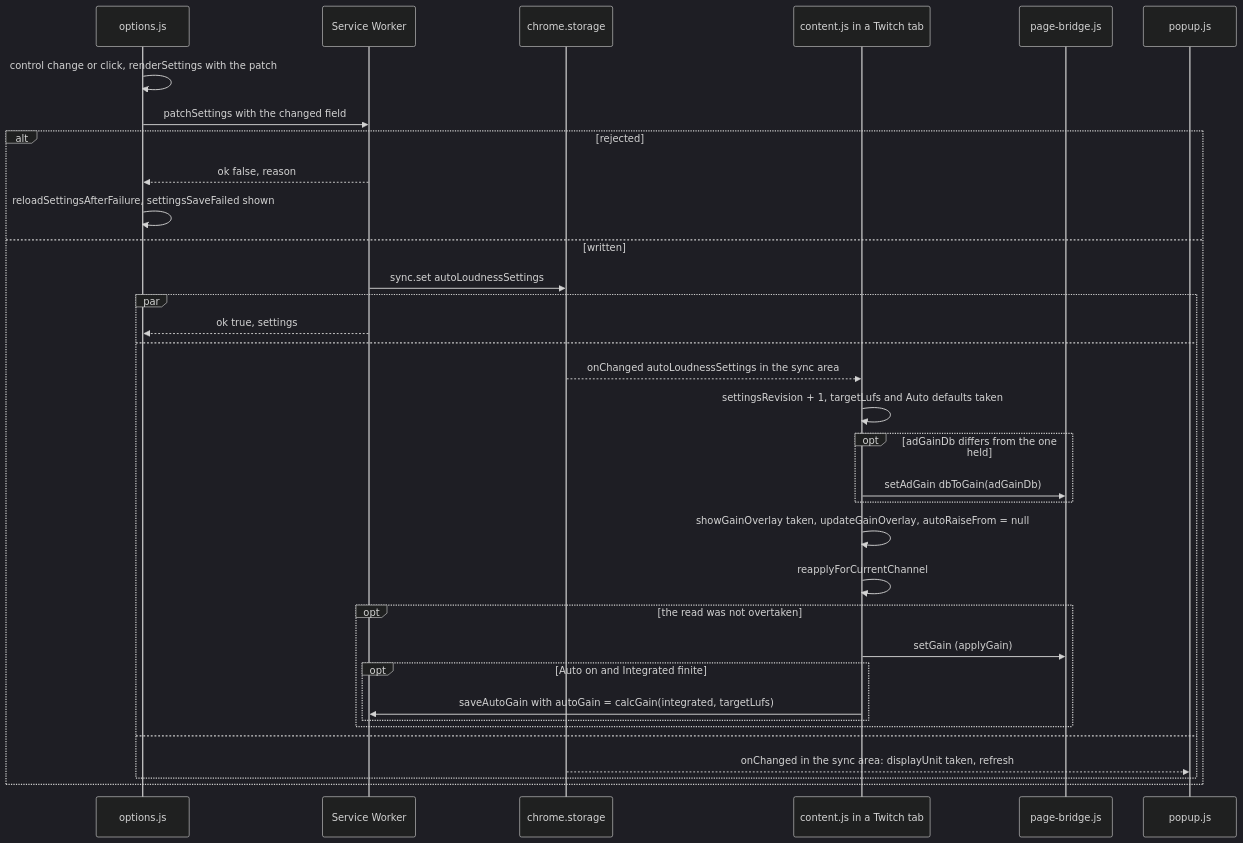
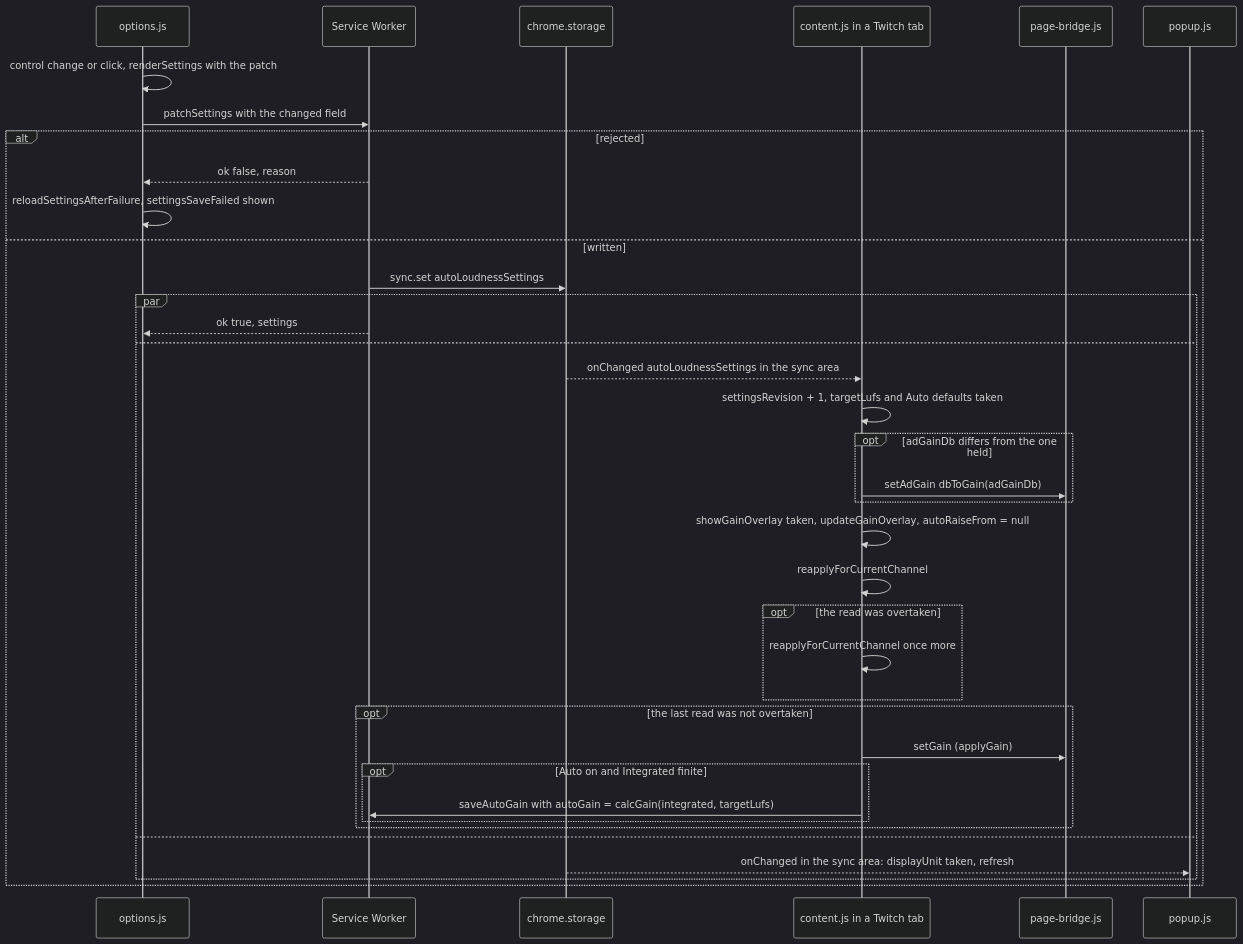
One commit to semnil/twitch-channel-volume changed diagram 13 of 17 in docs/gain-change-and-save.md. Above: the diagram before and after it, drawn with Mermaid (dark theme). The commit also changed other lines of this file and 4 other files, not shown here.

First line of the commit message:
fix: reapply a settings change once more when its read was overtaken

````diff
--- a/docs/gain-change-and-save.md
+++ b/docs/gain-change-and-save.md
@@ -552,36 +552,39 @@
 ```mermaid
 sequenceDiagram
   participant options as options.js
   participant sw as Service Worker
   participant storage as chrome.storage
   participant content as content.js in a Twitch tab
   participant bridge as page-bridge.js
   participant popup as popup.js
   options->>options: control change or click, renderSettings with the patch
   options->>sw: patchSettings with the changed field
   alt rejected
     sw-->>options: ok false, reason
     options->>options: reloadSettingsAfterFailure, settingsSaveFailed shown
   else written
     sw->>storage: sync.set autoLoudnessSettings
     par
       sw-->>options: ok true, settings
     and
       storage-->>content: onChanged autoLoudnessSettings in the sync area
       content->>content: settingsRevision + 1, targetLufs and Auto defaults taken
       opt adGainDb differs from the one held
         content->>bridge: setAdGain dbToGain(adGainDb)
       end
       content->>content: showGainOverlay taken, updateGainOverlay, autoRaiseFrom = null
       content->>content: reapplyForCurrentChannel
-      opt the read was not overtaken
+      opt the read was overtaken
+        content->>content: reapplyForCurrentChannel once more
+      end
+      opt the last read was not overtaken
         content->>bridge: setGain (applyGain)
         opt Auto on and Integrated finite
           content->>sw: saveAutoGain with autoGain = calcGain(integrated, targetLufs)
         end
       end
     and
       storage-->>popup: onChanged in the sync area: displayUnit taken, refresh
     end
   end
 ```
````
